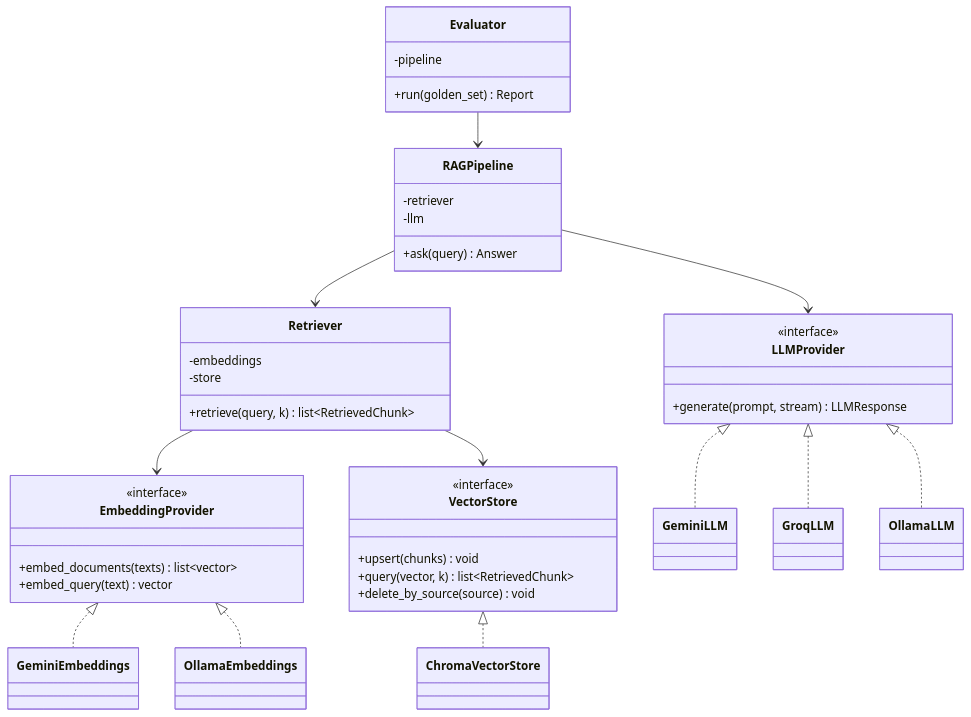
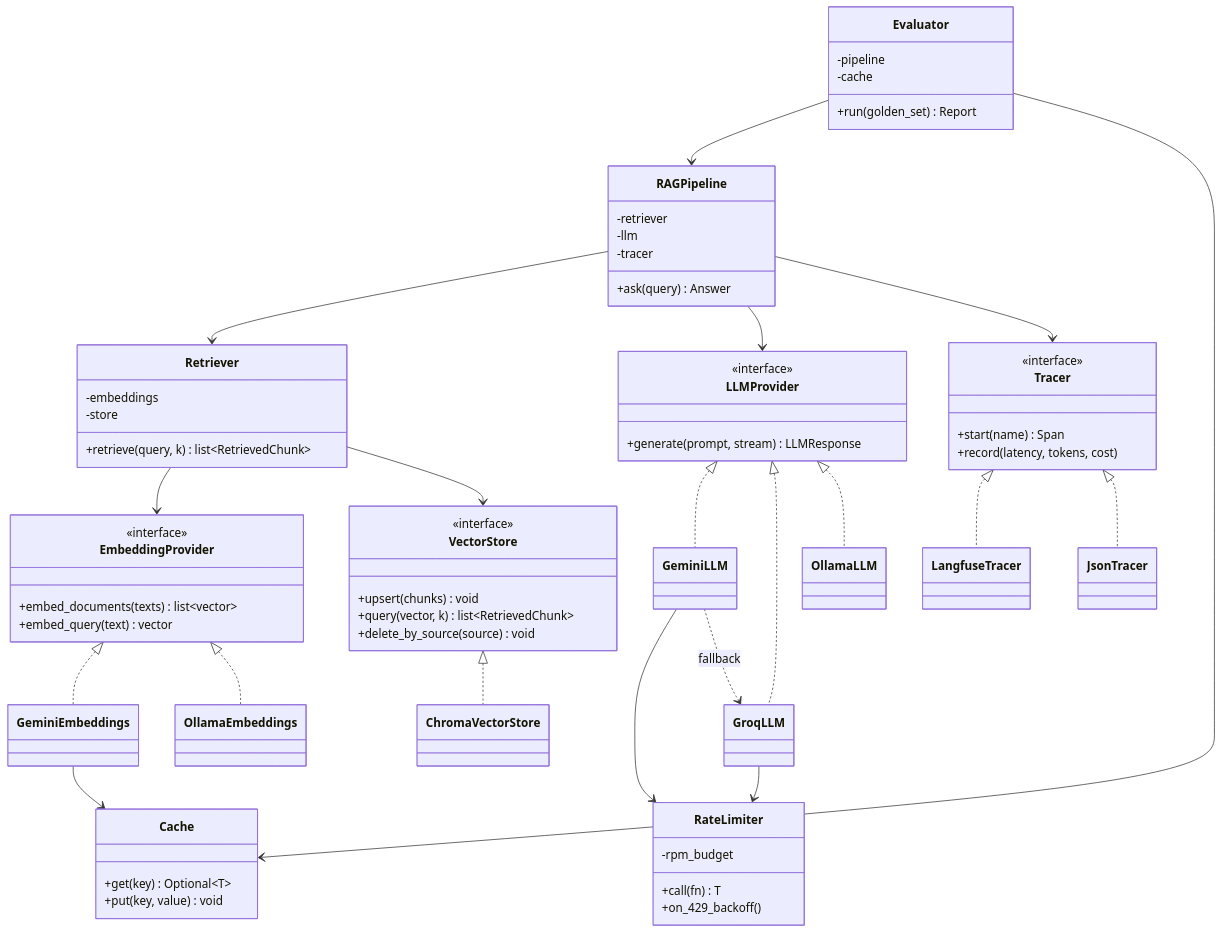
The seventh of 11 diagrams in 03_DIAGRAMAS_mermaid.md (mathfrancisco/Personal-RAG-Assistant), drawn with Mermaid before and after one commit. The commit also changed other lines of this file and 1 other file, not shown here.

First line of the commit message:
docs: enrich diagrams (cache/quota/fallback) + detailed phase plan

````diff
--- a/03_DIAGRAMAS_mermaid.md
+++ b/03_DIAGRAMAS_mermaid.md
@@ -212,53 +246,81 @@
 ```mermaid
 classDiagram
     class EmbeddingProvider {
         <<interface>>
         +embed_documents(texts) list~vector~
         +embed_query(text) vector
     }
     class LLMProvider {
         <<interface>>
         +generate(prompt, stream) LLMResponse
     }
     class VectorStore {
         <<interface>>
         +upsert(chunks) void
         +query(vector, k) list~RetrievedChunk~
         +delete_by_source(source) void
     }
 
+    class Tracer {
+        <<interface>>
+        +start(name) Span
+        +record(latency, tokens, cost)
+    }
+
     class GeminiEmbeddings
     class OllamaEmbeddings
     class GeminiLLM
     class GroqLLM
     class OllamaLLM
     class ChromaVectorStore
+    class LangfuseTracer
+    class JsonTracer
+
+    class Cache {
+        +get(key) Optional~T~
+        +put(key, value) void
+    }
+    class RateLimiter {
+        -rpm_budget
+        +call(fn) T
+        +on_429_backoff()
+    }
 
     class RAGPipeline {
         -retriever
         -llm
+        -tracer
         +ask(query) Answer
     }
     class Retriever {
         -embeddings
         -store
         +retrieve(query, k) list~RetrievedChunk~
     }
     class Evaluator {
         -pipeline
+        -cache
         +run(golden_set) Report
     }
 
     EmbeddingProvider <|.. GeminiEmbeddings
     EmbeddingProvider <|.. OllamaEmbeddings
     LLMProvider <|.. GeminiLLM
     LLMProvider <|.. GroqLLM
     LLMProvider <|.. OllamaLLM
     VectorStore <|.. ChromaVectorStore
+    Tracer <|.. LangfuseTracer
+    Tracer <|.. JsonTracer
 
     RAGPipeline --> Retriever
     RAGPipeline --> LLMProvider
+    RAGPipeline --> Tracer
     Retriever --> EmbeddingProvider
     Retriever --> VectorStore
     Evaluator --> RAGPipeline
+    Evaluator --> Cache
+    GeminiEmbeddings --> Cache
+    GeminiLLM --> RateLimiter
+    GroqLLM --> RateLimiter
+    GeminiLLM ..> GroqLLM : fallback
 ```
````
